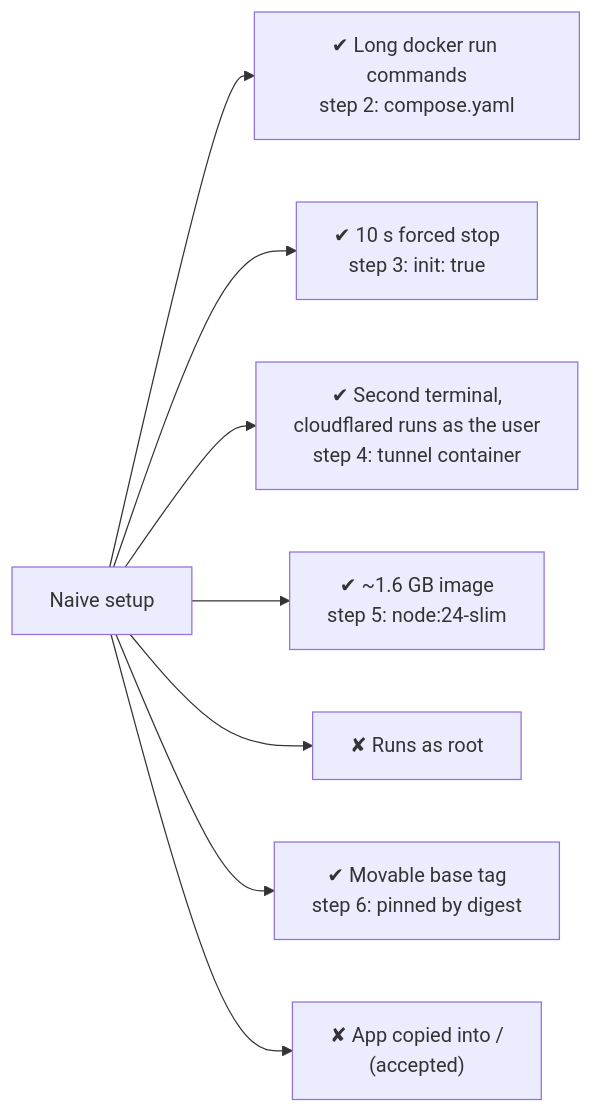
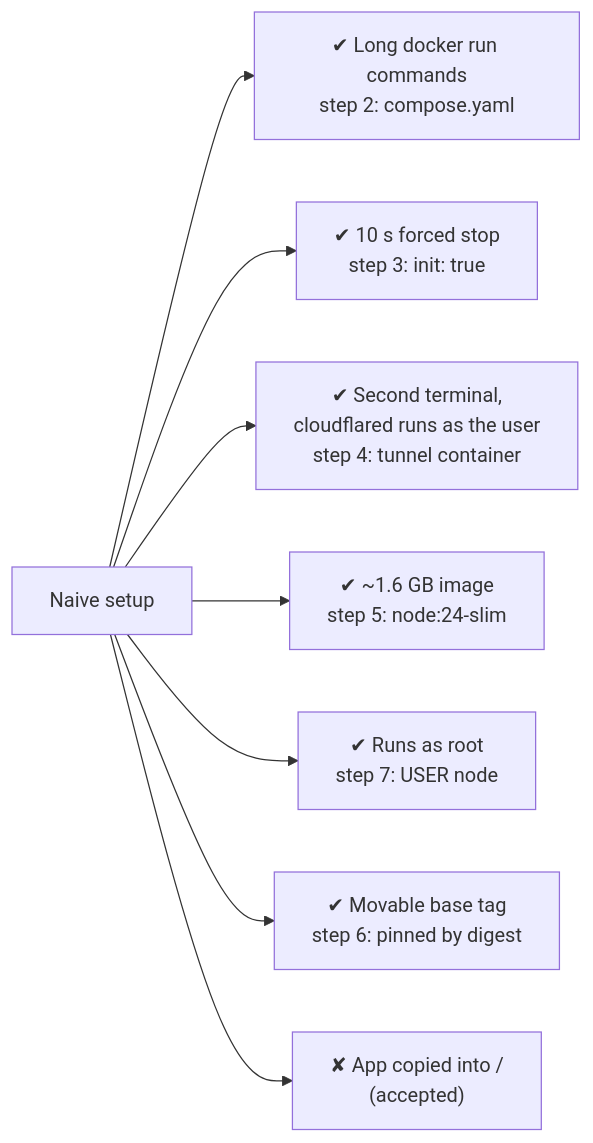
Before and after one commit to Bende-KBB/devops-lab: the diagram in docs/phases/phase-3-container/result.md, drawn with Mermaid. The commit also changed other lines of this file and 6 other files, not shown here.

````diff
--- a/docs/phases/phase-3-container/result.md
+++ b/docs/phases/phase-3-container/result.md
@@ -9,10 +9,10 @@
 ```mermaid
 flowchart LR
     N["Naive setup"] --> A["✔ Long docker run commands<br/>step 2: compose.yaml"]
     N --> B["✔ 10 s forced stop<br/>step 3: init: true"]
     N --> C["✔ Second terminal,<br/>cloudflared runs as the user<br/>step 4: tunnel container"]
     N --> D["✔ ~1.6 GB image<br/>step 5: node:24-slim"]
-    N --> E["✘ Runs as root"]
+    N --> E["✔ Runs as root<br/>step 7: USER node"]
     N --> F["✔ Movable base tag<br/>step 6: pinned by digest"]
     N --> G["✘ App copied into /<br/>(accepted)"]
 ```
````
